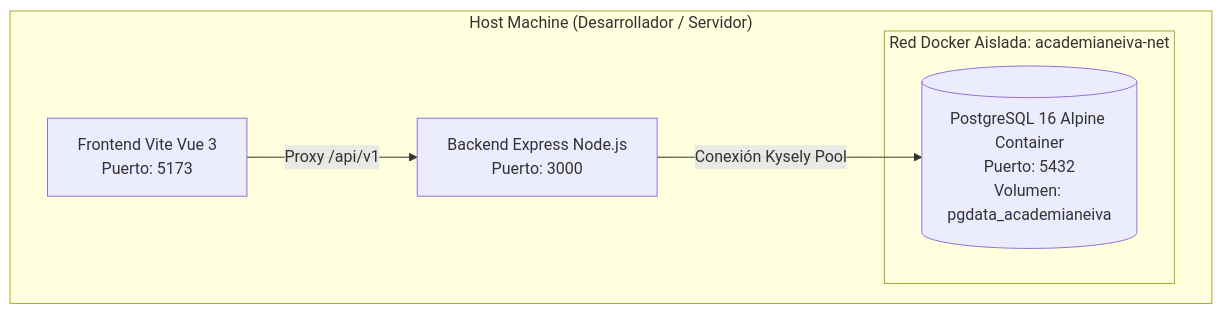
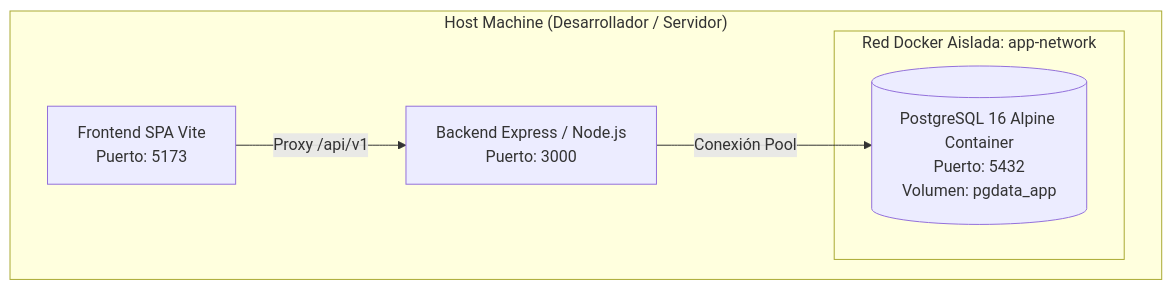
The diagram in multiAgents/06_devops_release/subroles/01_env_container_orchestrator.md (DanExl24/multiagent-sdlc-starter), drawn with Mermaid before and after one commit. The commit also changed other lines of this file and 35 other files, not shown here.

````diff
--- a/multiAgents/06_devops_release/subroles/01_env_container_orchestrator.md
+++ b/multiAgents/06_devops_release/subroles/01_env_container_orchestrator.md
@@ -26,10 +26,10 @@
 ```mermaid
 graph TD
     subgraph "Host Machine (Desarrollador / Servidor)"
-        subgraph "Red Docker Aislada: academianeiva-net"
-            PG[("PostgreSQL 16 Alpine Container<br/>Puerto: 5432<br/>Volumen: pgdata_academianeiva")]
+        subgraph "Red Docker Aislada: app-network"
+            PG[("PostgreSQL 16 Alpine Container<br/>Puerto: 5432<br/>Volumen: pgdata_app")]
         end
-        BE["Backend Express Node.js<br/>Puerto: 3000"] -->|Conexión Kysely Pool| PG
-        FE["Frontend Vite Vue 3<br/>Puerto: 5173"] -->|Proxy /api/v1| BE
+        BE["Backend Express / Node.js<br/>Puerto: 3000"] -->|Conexión Pool| PG
+        FE["Frontend SPA Vite<br/>Puerto: 5173"] -->|Proxy /api/v1| BE
     end
 ```
````
